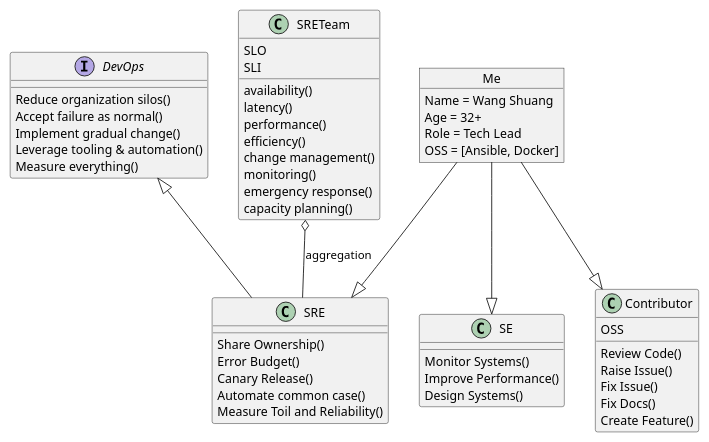
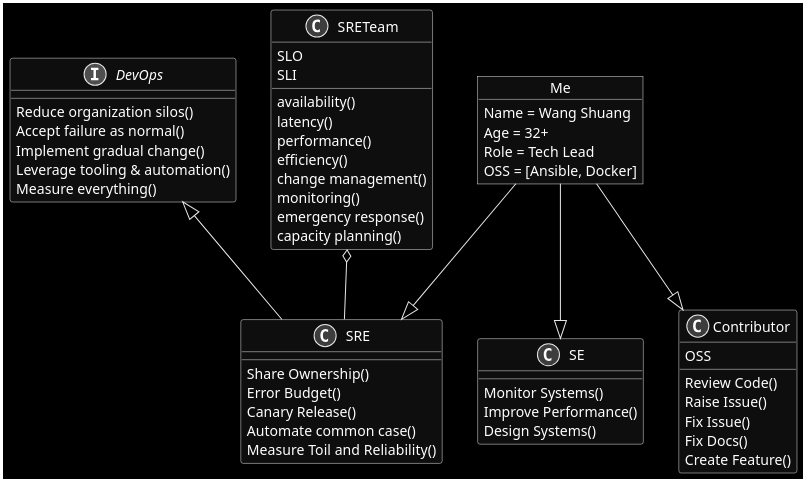
Before and after one commit to ptux/mashtun: the diagram in docs/plantumls/me.md, drawn with PlantUML. The commit also changed 8 other files, not shown here.

````diff
--- a/docs/plantumls/me.md
+++ b/docs/plantumls/me.md
@@ -1,62 +1,63 @@
 ```plantuml
 @startuml
-scale 700 width
+scale 800 width
+skinparam monochrome reverse
 
 interface DevOps{
     Reduce organization silos()
     Accept failure as normal()
     Implement gradual change()
     Leverage tooling & automation()
     Measure everything()
 }
 
 class SRE{
     Share Ownership()
     Error Budget()
     Canary Release()
     Automate common case()
     Measure Toil and Reliability()
 }
 Class SE{
     Monitor Systems()
     Improve Performance()
     Design Systems()
 }
 Class Contributor{
     OSS
     Review Code()
     Raise Issue()
     Fix Issue()
     Fix Docs()
     Create Feature()
 }
 
 class SRETeam{
     SLO
     SLI
     availability()
     latency()
     performance()
     efficiency()
     change management()
     monitoring()
     emergency response()
     capacity planning()
 }
 
 object Me
 Me : Name = Wang Shuang
 Me : Age = 32+
 Me : Role = Tech Lead
 Me : OSS = [Ansible, Docker]
 
 
 DevOps <|-- SRE
-SRETeam o-- SRE : aggregation
+SRETeam o-- SRE
 
 Me --|> Contributor
 Me --|> SRE
 Me --|> SE
 
 @enduml
 ```
````
